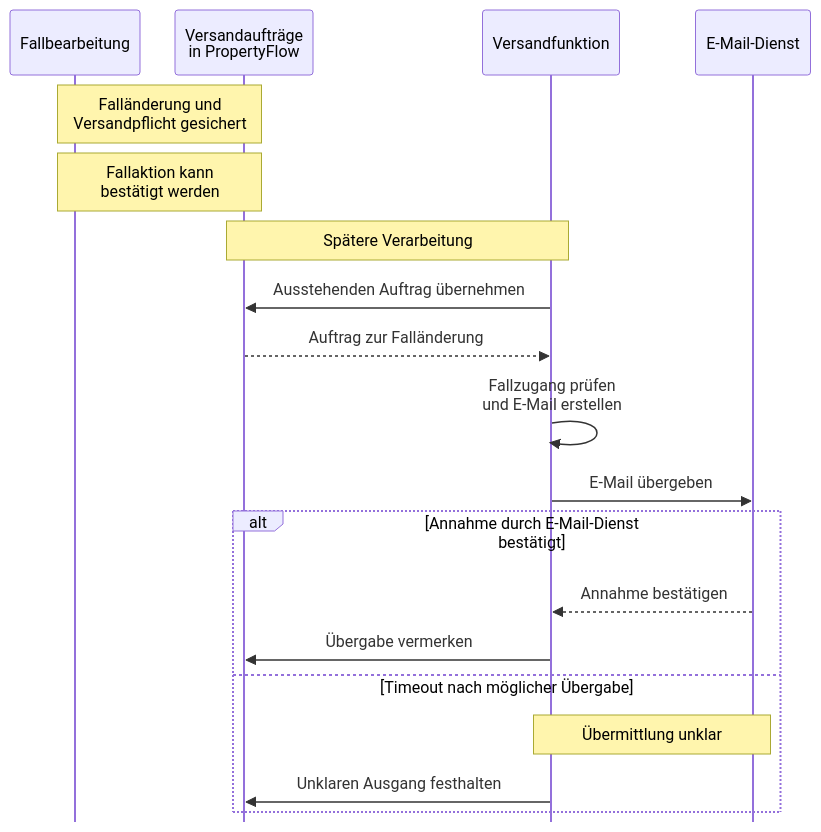
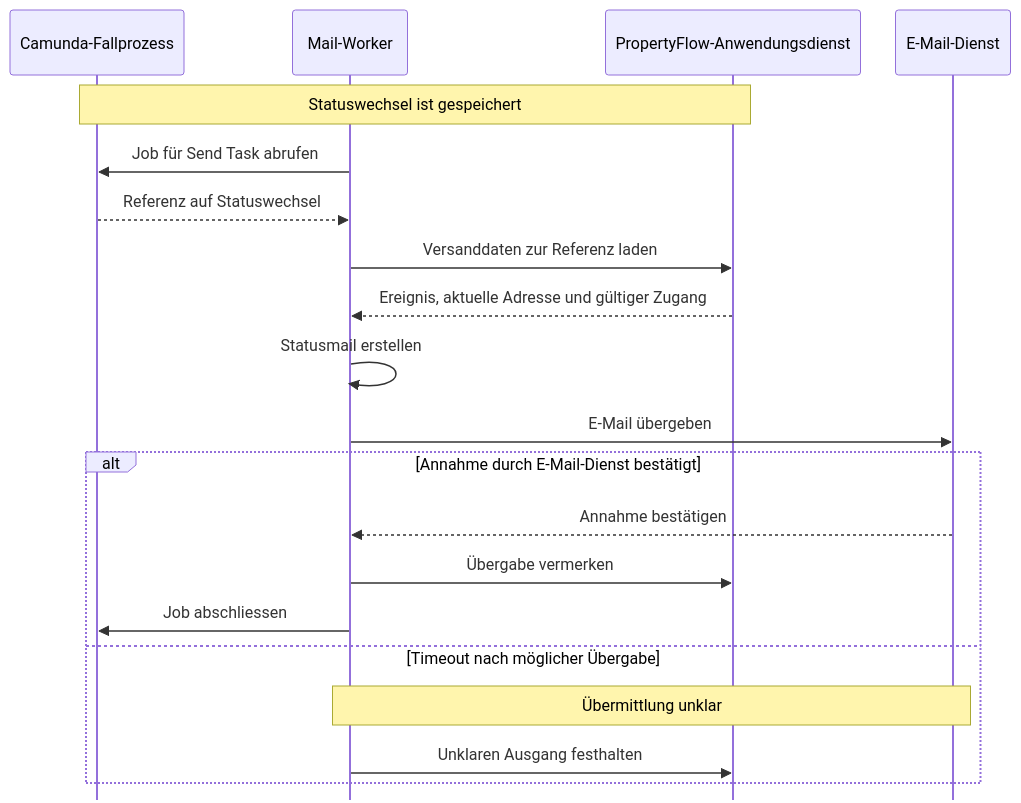
The second of 2 diagrams in docs/use_cases/UC-019-fallbenachrichtigung-zustellen.md (permarco/propertyflow), drawn with Mermaid before and after one commit. The commit also changed other lines of this file and 67 other files, not shown here.

Commit message:
docs: Fallbesitz und Übergabe von Intake an Case Processing festhalten

````diff
--- a/docs/use_cases/UC-019-fallbenachrichtigung-zustellen.md
+++ b/docs/use_cases/UC-019-fallbenachrichtigung-zustellen.md
@@ -49,29 +51,30 @@
 ```mermaid
 ---
 config:
   sequence:
     actorMargin: 35
     mirrorActors: false
     width: 115
 ---
 sequenceDiagram
-    participant Fall as Fallbearbeitung
-    participant Auftrag as Versandaufträge<br/>in PropertyFlow
-    participant Versand as Versandfunktion
+    participant Prozess as Camunda-Fallprozess
+    participant Versand as Mail-Worker
+    participant Fall as PropertyFlow-Anwendungsdienst
     participant Mail as E-Mail-Dienst
 
-    Note over Fall,Auftrag: Falländerung und<br/>Versandpflicht gesichert
-    Note over Fall,Auftrag: Fallaktion kann<br/>bestätigt werden
-    Note over Auftrag,Versand: Spätere Verarbeitung
-    Versand->>Auftrag: Ausstehenden Auftrag übernehmen
-    Auftrag-->>Versand: Auftrag zur Falländerung
-    Versand->>Versand: Fallzugang prüfen<br/>und E-Mail erstellen
+    Note over Prozess,Fall: Statuswechsel ist gespeichert
+    Versand->>Prozess: Job für Send Task abrufen
+    Prozess-->>Versand: Referenz auf Statuswechsel
+    Versand->>Fall: Versanddaten zur Referenz laden
+    Fall-->>Versand: Ereignis, aktuelle Adresse und gültiger Zugang
+    Versand->>Versand: Statusmail erstellen
     Versand->>Mail: E-Mail übergeben
     alt Annahme durch E-Mail-Dienst bestätigt
         Mail-->>Versand: Annahme bestätigen
-        Versand->>Auftrag: Übergabe vermerken
+        Versand->>Fall: Übergabe vermerken
+        Versand->>Prozess: Job abschliessen
     else Timeout nach möglicher Übergabe
         Note over Versand,Mail: Übermittlung unklar
-        Versand->>Auftrag: Unklaren Ausgang festhalten
+        Versand->>Fall: Unklaren Ausgang festhalten
     end
 ```
````
